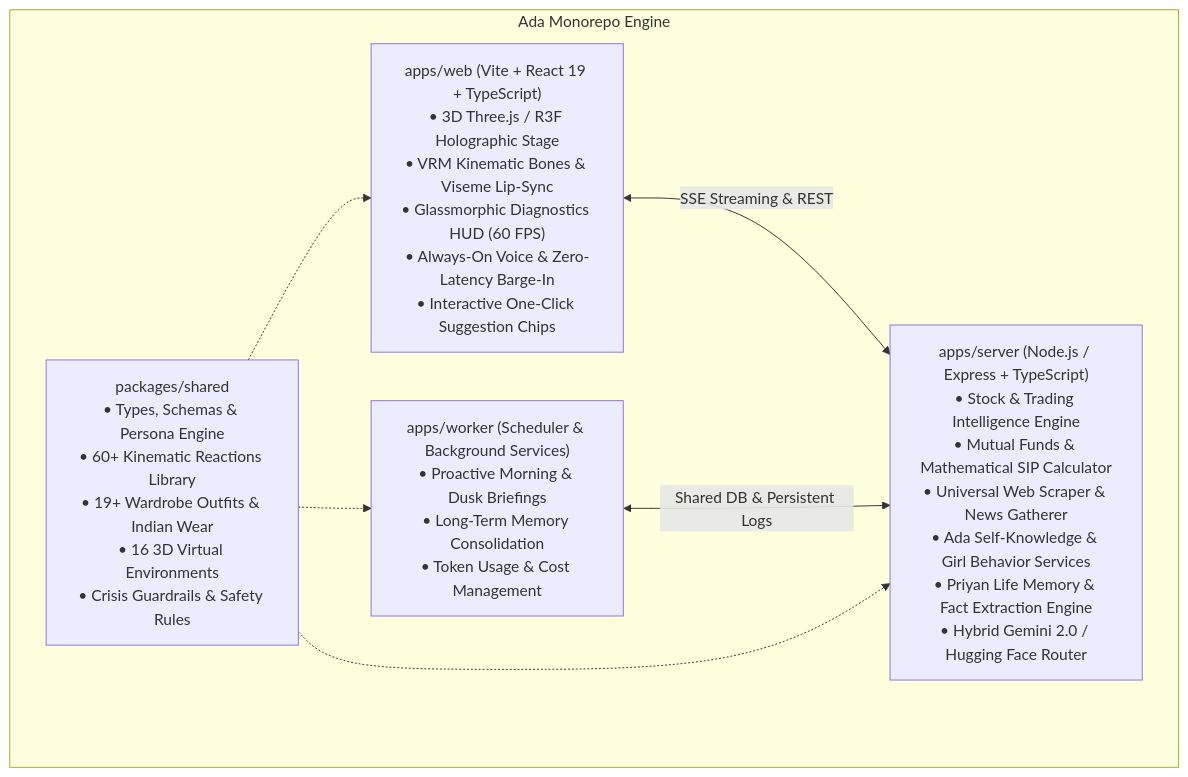
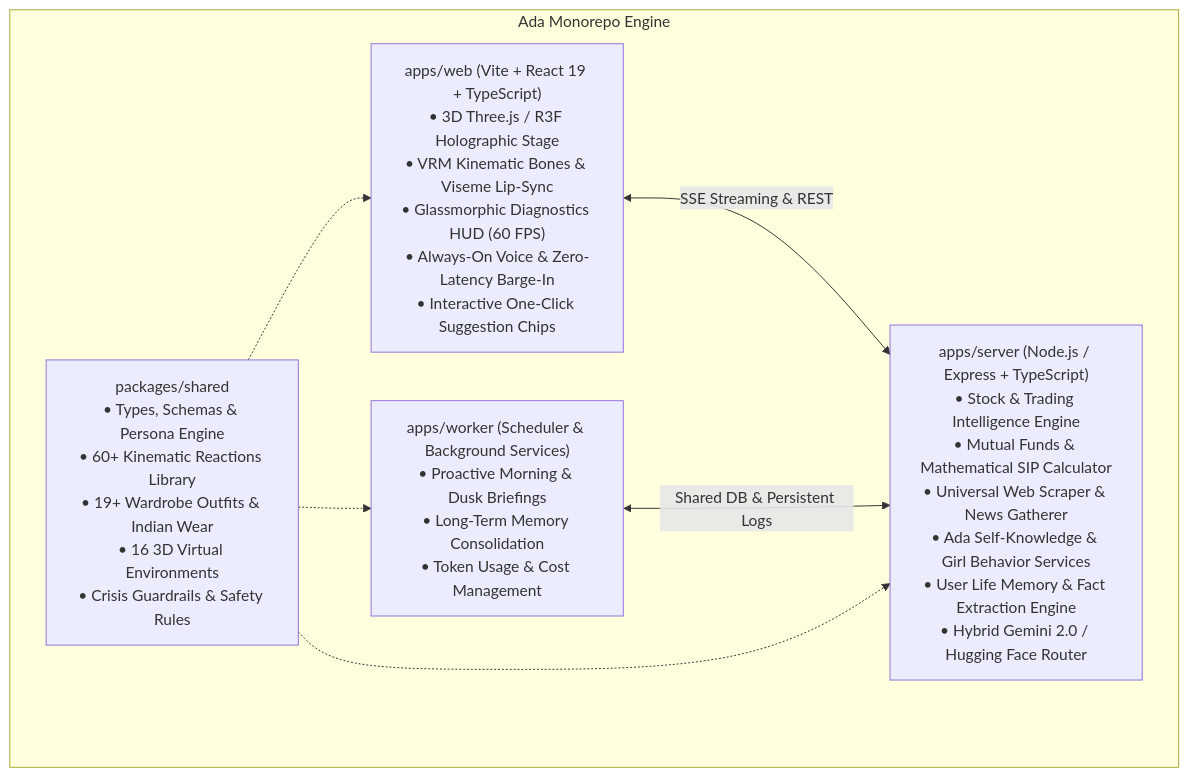
The diagram in README.md (priyanrajj-hub/GF-AI), drawn with Mermaid before and after one commit. The commit also changed other lines of this file and 54 other files, not shown here.

````diff
--- a/README.md
+++ b/README.md
@@ -33,15 +33,15 @@
 ```mermaid
 flowchart TB
     subgraph Monorepo["Ada Monorepo Engine"]
         Shared["packages/shared<br/>• Types, Schemas & Persona Engine<br/>• 60+ Kinematic Reactions Library<br/>• 19+ Wardrobe Outfits & Indian Wear<br/>• 16 3D Virtual Environments<br/>• Crisis Guardrails & Safety Rules"]
         Web["apps/web (Vite + React 19 + TypeScript)<br/>• 3D Three.js / R3F Holographic Stage<br/>• VRM Kinematic Bones & Viseme Lip-Sync<br/>• Glassmorphic Diagnostics HUD (60 FPS)<br/>• Always-On Voice & Zero-Latency Barge-In<br/>• Interactive One-Click Suggestion Chips"]
-        Server["apps/server (Node.js / Express + TypeScript)<br/>• Stock & Trading Intelligence Engine<br/>• Mutual Funds & Mathematical SIP Calculator<br/>• Universal Web Scraper & News Gatherer<br/>• Ada Self-Knowledge & Girl Behavior Services<br/>• Priyan Life Memory & Fact Extraction Engine<br/>• Hybrid Gemini 2.0 / Hugging Face Router"]
+        Server["apps/server (Node.js / Express + TypeScript)<br/>• Stock & Trading Intelligence Engine<br/>• Mutual Funds & Mathematical SIP Calculator<br/>• Universal Web Scraper & News Gatherer<br/>• Ada Self-Knowledge & Girl Behavior Services<br/>• User Life Memory & Fact Extraction Engine<br/>• Hybrid Gemini 2.0 / Hugging Face Router"]
         Worker["apps/worker (Scheduler & Background Services)<br/>• Proactive Morning & Dusk Briefings<br/>• Long-Term Memory Consolidation<br/>• Token Usage & Cost Management"]
     end
 
     Web <-->|"SSE Streaming & REST"| Server
     Worker <-->|"Shared DB & Persistent Logs"| Server
     Shared -.-> Web
     Shared -.-> Server
     Shared -.-> Worker
 ```
````
